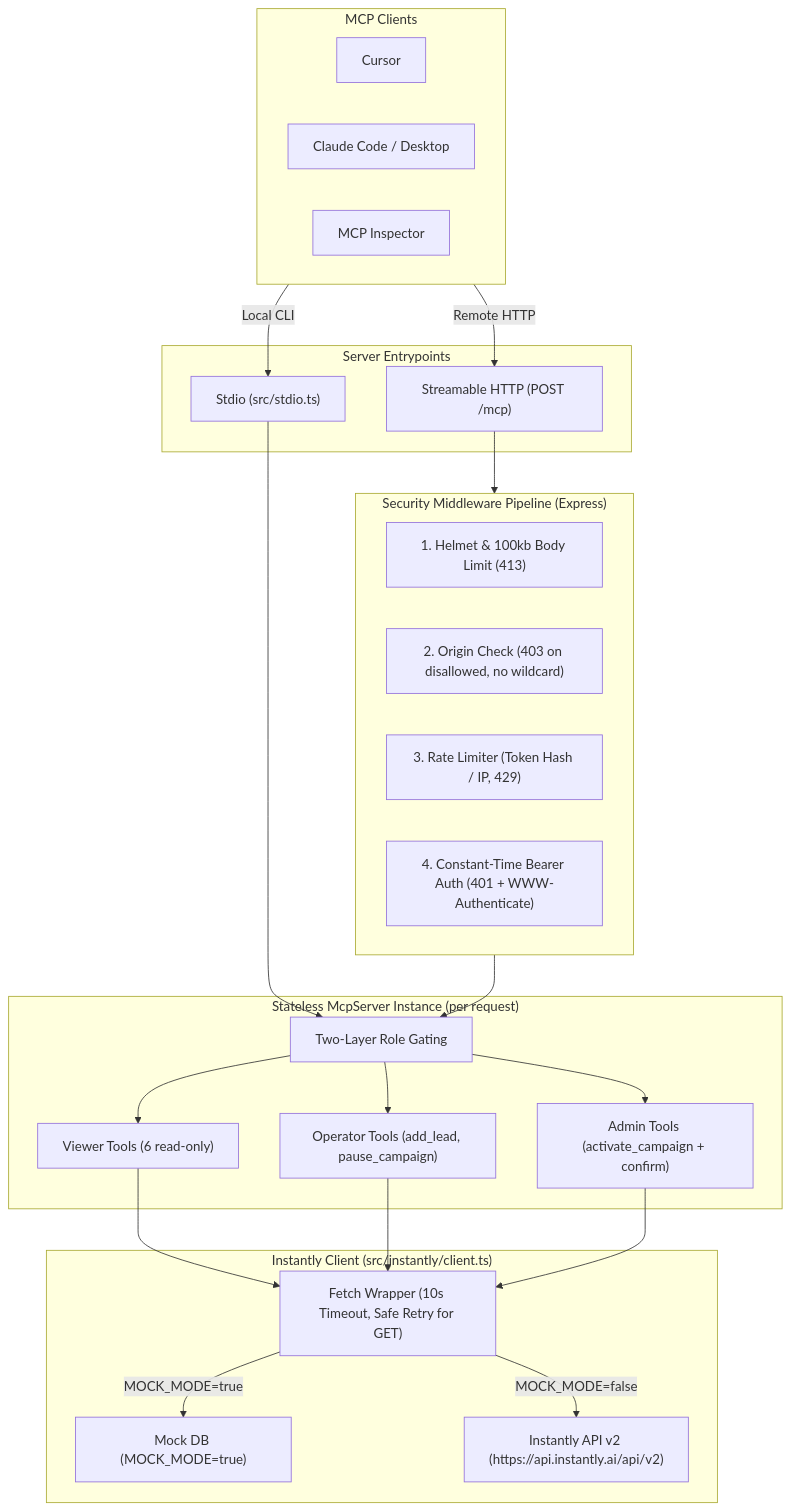
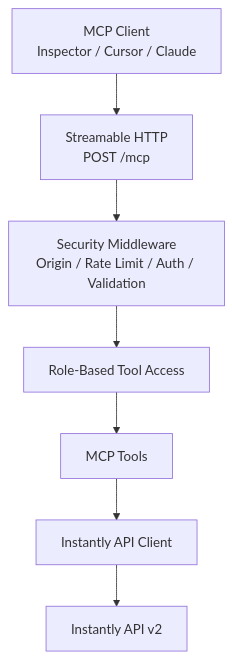
The diagram in README.md (taneja-garvit/MCP-server-instantly), drawn with Mermaid before and after one commit. The commit also changed other lines of this file, not shown here.

````diff
--- a/README.md
+++ b/README.md
@@ -11,45 +52,17 @@
 ```mermaid
 flowchart TD
-    subgraph Clients["MCP Clients"]
-        Cursor["Cursor"]
-        Claude["Claude Code / Desktop"]
-        Inspector["MCP Inspector"]
-    end
+    Client["MCP Client<br/>Inspector / Cursor / Claude"]
+    HTTP["Streamable HTTP<br/>POST /mcp"]
+    Auth["Security Middleware<br/>Origin / Rate Limit / Auth / Validation"]
+    RBAC["Role-Based Tool Access"]
+    Tools["MCP Tools"]
+    ClientAPI["Instantly API Client"]
+    API["Instantly API v2"]
 
-    subgraph Entrypoints["Server Entrypoints"]
-        HTTP["Streamable HTTP (POST /mcp)"]
-        Stdio["Stdio (src/stdio.ts)"]
-    end
-
-    subgraph Pipeline["Security Middleware Pipeline (Express)"]
-        M1["1. Helmet & 100kb Body Limit (413)"]
-        M2["2. Origin Check (403 on disallowed, no wildcard)"]
-        M3["3. Rate Limiter (Token Hash / IP, 429)"]
-        M4["4. Constant-Time Bearer Auth (401 + WWW-Authenticate)"]
-    end
-
-    subgraph ServerInstance["Stateless McpServer Instance (per request)"]
-        Filter["Two-Layer Role Gating"]
-        VTools["Viewer Tools (6 read-only)"]
-        OTools["Operator Tools (add_lead, pause_campaign)"]
-        ATools["Admin Tools (activate_campaign + confirm)"]
-    end
-
-    subgraph ClientLayer["Instantly Client (src/instantly/client.ts)"]
-        Fetch["Fetch Wrapper (10s Timeout, Safe Retry for GET)"]
-        Mock["Mock DB (MOCK_MODE=true)"]
-        LiveAPI["Instantly API v2 (https://api.instantly.ai/api/v2)"]
-    end
-
-    Clients -->|Remote HTTP| HTTP
-    Clients -->|Local CLI| Stdio
-    HTTP --> Pipeline
-    Pipeline --> Filter
-    Stdio --> Filter
-    Filter --> VTools
-    Filter --> OTools
-    Filter --> ATools
-    VTools & OTools & ATools --> Fetch
-    Fetch -->|MOCK_MODE=true| Mock
-    Fetch -->|MOCK_MODE=false| LiveAPI
+    Client --> HTTP
+    HTTP --> Auth
+    Auth --> RBAC
+    RBAC --> Tools
+    Tools --> ClientAPI
+    ClientAPI --> API
 ```
````
